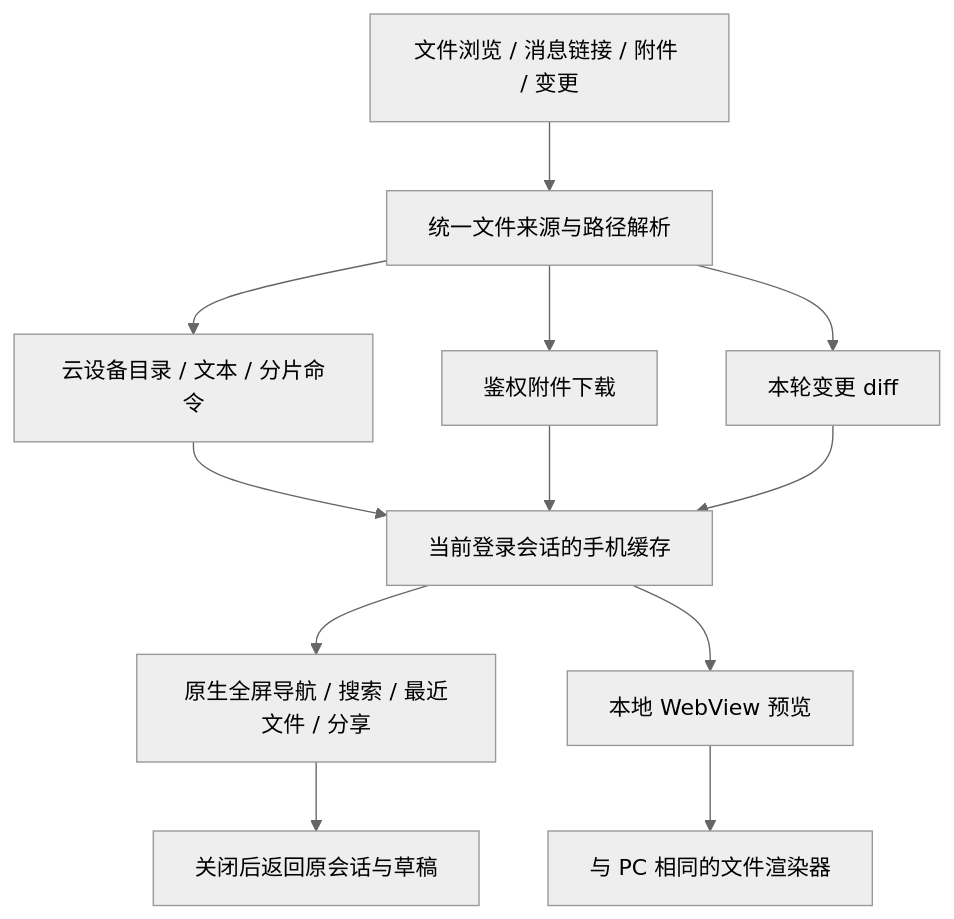
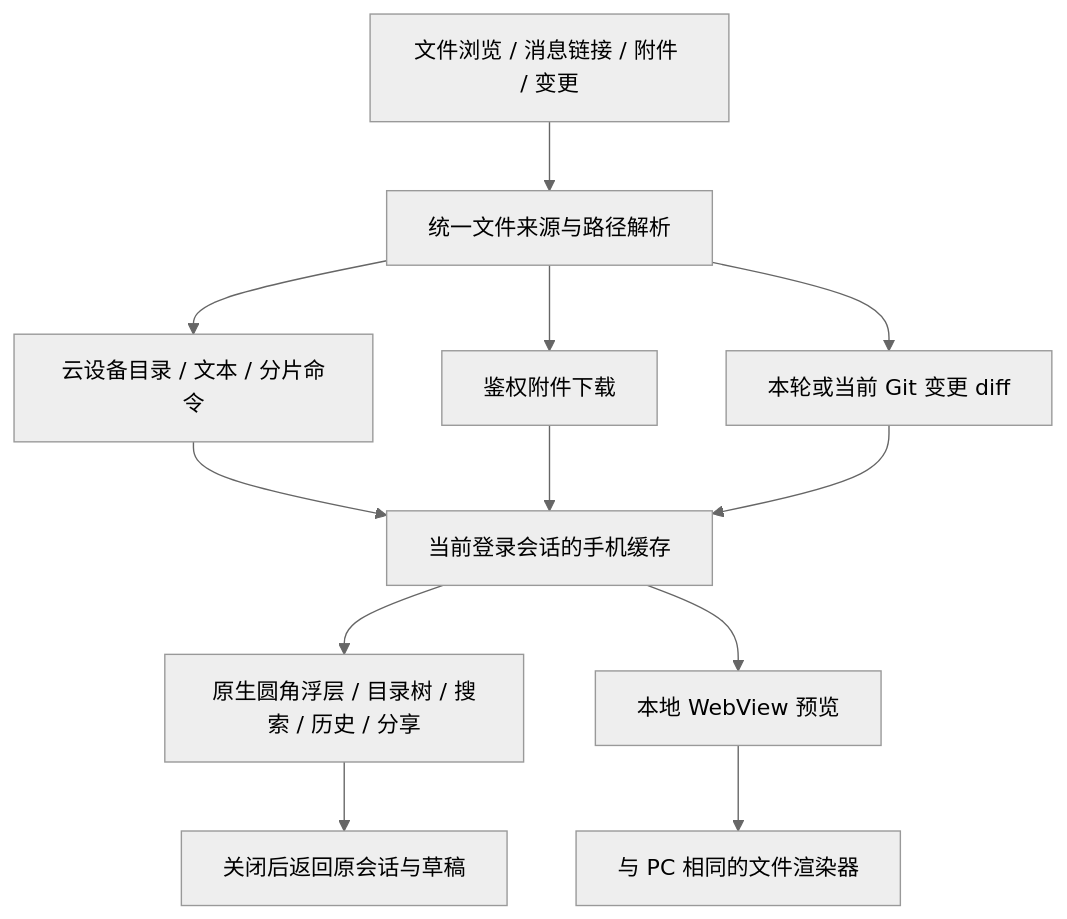
One commit to wecode-ai/Wegent changed the diagram in docs/zh/wework/mobile-file-preview.md. Above: the diagram before and after it, drawn with Mermaid (neutral theme). The commit also changed other lines of this file and 77 other files, not shown here.

````diff
--- a/docs/zh/wework/mobile-file-preview.md
+++ b/docs/zh/wework/mobile-file-preview.md
@@ -47,14 +68,14 @@
 ```mermaid
 flowchart TD
   E[文件浏览 / 消息链接 / 附件 / 变更] --> T[统一文件来源与路径解析]
   T --> W[云设备目录 / 文本 / 分片命令]
   T --> A[鉴权附件下载]
-  T --> D[本轮变更 diff]
+  T --> D[本轮或当前 Git 变更 diff]
   W --> C[当前登录会话的手机缓存]
   A --> C
   D --> C
-  C --> N[原生全屏导航 / 搜索 / 最近文件 / 分享]
+  C --> N[原生圆角浮层 / 目录树 / 搜索 / 历史 / 分享]
   C --> V[本地 WebView 预览]
   V --> P[与 PC 相同的文件渲染器]
   N --> R[关闭后返回原会话与草稿]
 ```
````
